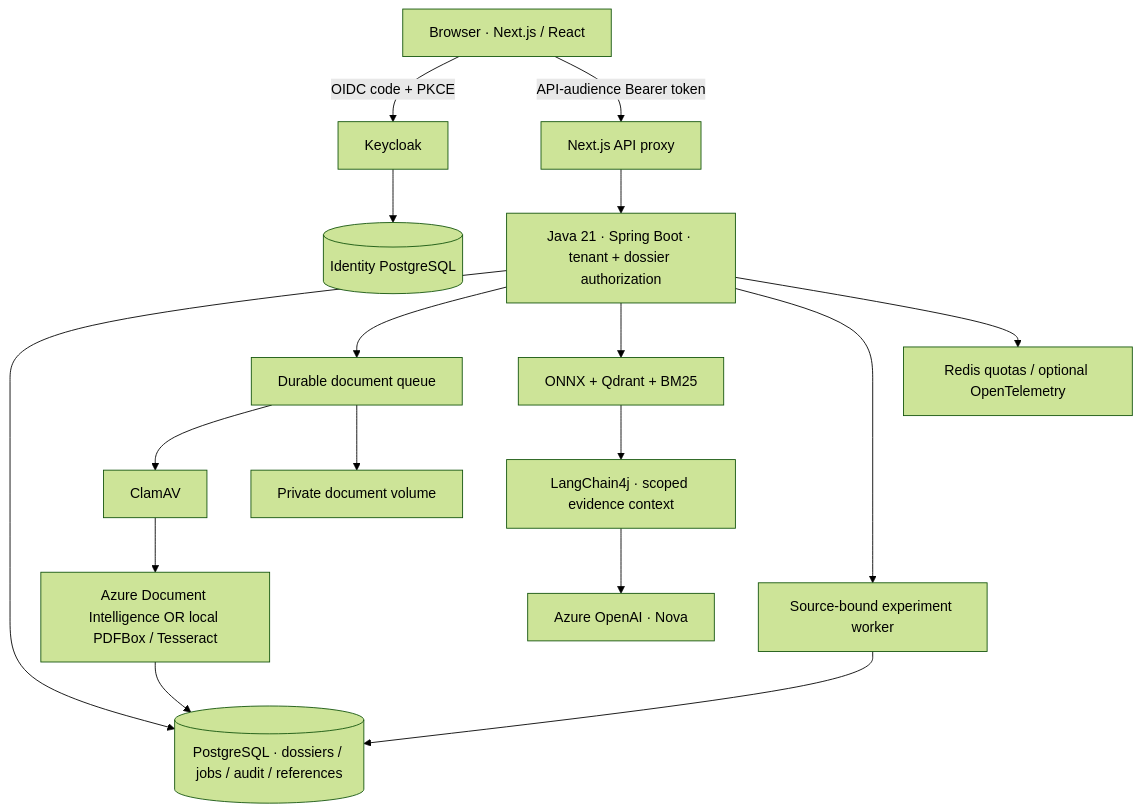
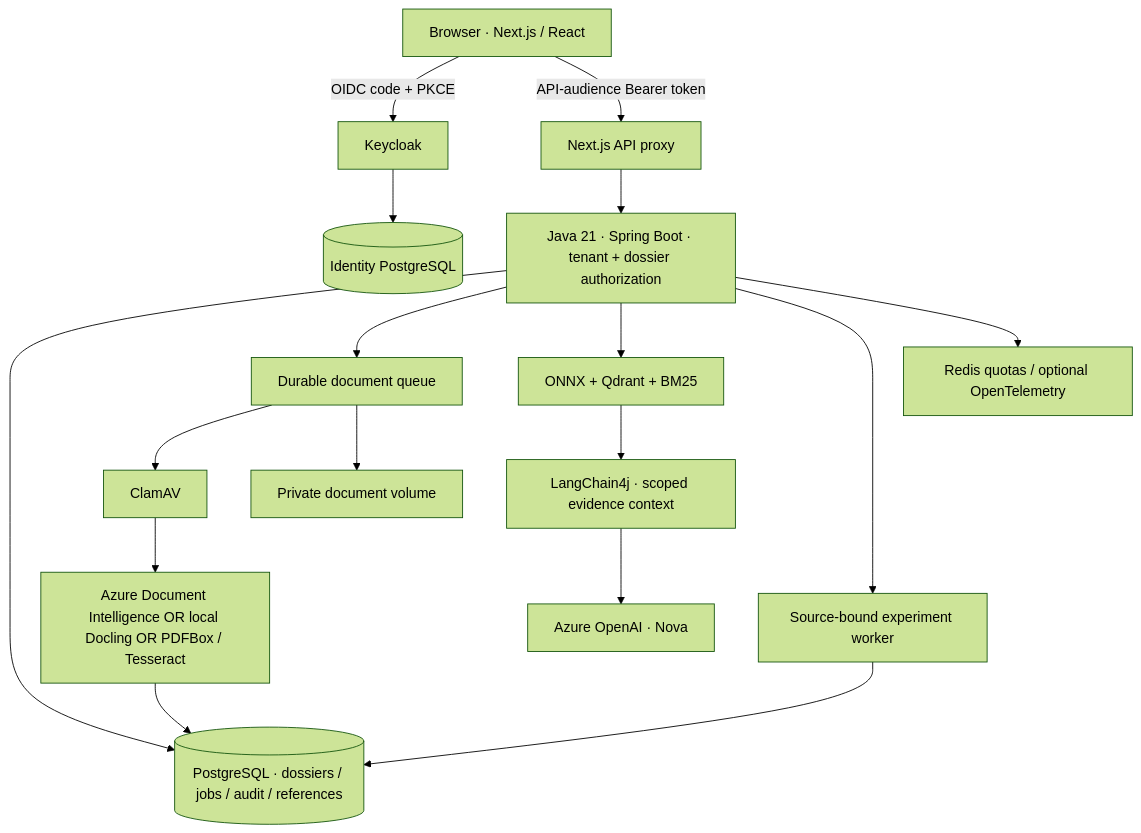
The diagram in README.md (quocvietphung/document-intelligence-lab), drawn with Mermaid (forest theme) before and after one commit. The commit also changed other lines of this file and 45 other files, not shown here.

Commit message:
feat: streamline document AI workspace and retain local Docling

````diff
--- a/README.md
+++ b/README.md
@@ -425,19 +452,19 @@
 ```mermaid
 flowchart TD
     U[Browser · Next.js / React] -->|OIDC code + PKCE| K[Keycloak]
     U -->|API-audience Bearer token| N[Next.js API proxy]
     K --> I[(Identity PostgreSQL)]
     N --> J[Java 21 · Spring Boot · tenant + dossier authorization]
     J --> P[(PostgreSQL · dossiers / jobs / audit / references)]
     J --> Q[Durable document queue]
     Q --> V[ClamAV]
-    V --> D[Azure Document Intelligence OR local PDFBox / Tesseract]
+    V --> D[Azure Document Intelligence OR local Docling OR PDFBox / Tesseract]
     Q --> S[Private document volume]
     D --> P
     J --> R[ONNX + Qdrant + BM25]
     R --> L[LangChain4j · scoped evidence context]
     L --> O[Azure OpenAI · Nova]
     J --> E[Source-bound experiment worker]
     E --> P
     J --> X[Redis quotas / optional OpenTelemetry]
 ```
````
